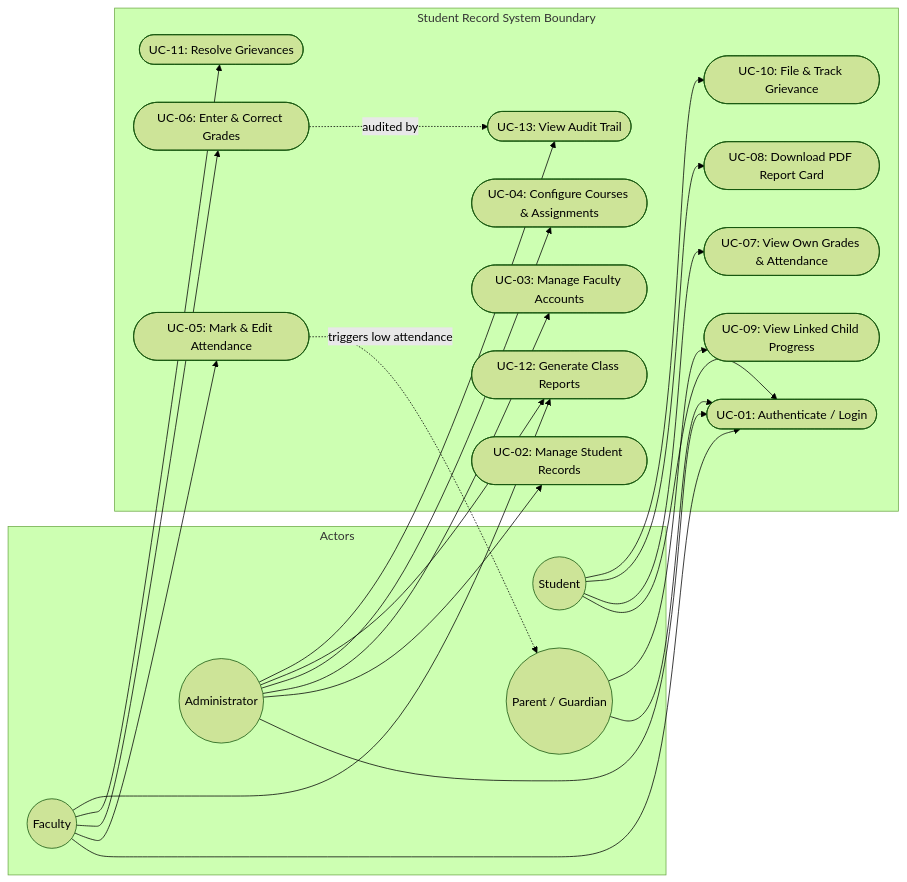
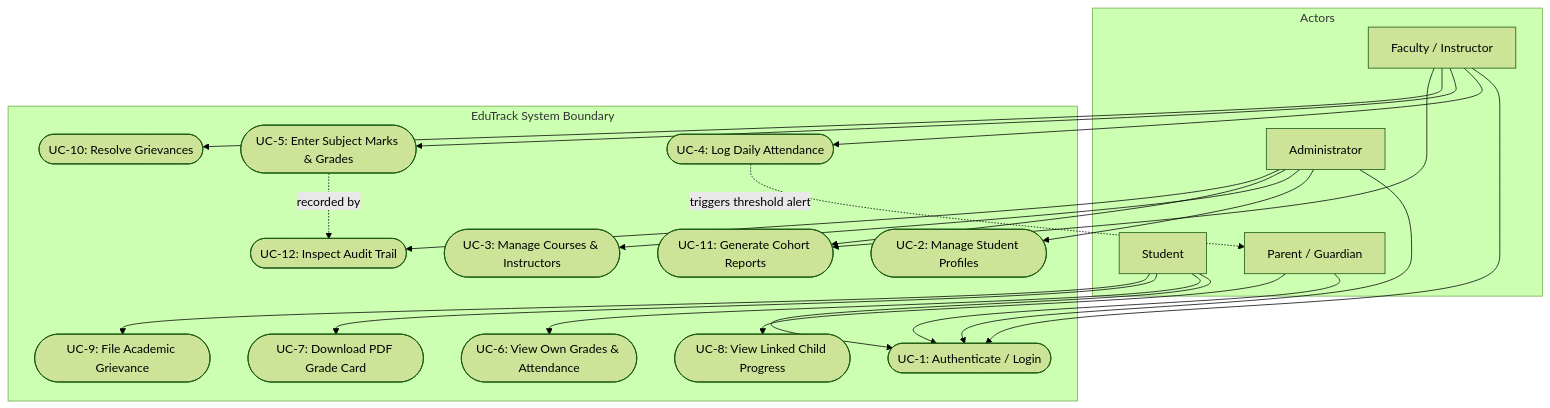
The diagram in docs/1_SRS_StudentRecordSystem.md (Nagashri2304/student-record-system), drawn with Mermaid (forest theme) before and after one commit. The commit also changed other lines of this file and 7 other files, not shown here.

Commit message:
docs: establish original EduTrack IEEE Deliverables Part-1 specifications and backlog

````diff
--- a/docs/1_SRS_StudentRecordSystem.md
+++ b/docs/1_SRS_StudentRecordSystem.md
@@ -218,49 +141,47 @@
 ```mermaid
-flowchart LR
+flowchart TD
     subgraph Actors
-        Admin((Administrator))
-        Faculty((Faculty))
-        Student((Student))
-        Parent((Parent / Guardian))
+        Admin["Administrator"]
+        Faculty["Faculty / Instructor"]
+        Student["Student"]
+        Parent["Parent / Guardian"]
     end
 
-    subgraph "Student Record System Boundary"
-        UC01([UC-01: Authenticate / Login])
-        UC02([UC-02: Manage Student Records])
-        UC03([UC-03: Manage Faculty Accounts])
-        UC04([UC-04: Configure Courses & Assignments])
-        UC05([UC-05: Mark & Edit Attendance])
-        UC06([UC-06: Enter & Correct Grades])
-        UC07([UC-07: View Own Grades & Attendance])
-        UC08([UC-08: Download PDF Report Card])
-        UC09([UC-09: View Linked Child Progress])
-        UC10([UC-10: File & Track Grievance])
-        UC11([UC-11: Resolve Grievances])
-        UC12([UC-12: Generate Class Reports])
-        UC13([UC-13: View Audit Trail])
+    subgraph EduTrack ["EduTrack System Boundary"]
+        UC1([UC-1: Authenticate / Login])
+        UC2([UC-2: Manage Student Profiles])
+        UC3([UC-3: Manage Courses & Instructors])
+        UC4([UC-4: Log Daily Attendance])
+        UC5([UC-5: Enter Subject Marks & Grades])
+        UC6([UC-6: View Own Grades & Attendance])
+        UC7([UC-7: Download PDF Grade Card])
+        UC8([UC-8: View Linked Child Progress])
+        UC9([UC-9: File Academic Grievance])
+        UC10([UC-10: Resolve Grievances])
+        UC11([UC-11: Generate Cohort Reports])
+        UC12([UC-12: Inspect Audit Trail])
     end
 
-    Admin --> UC01
-    Admin --> UC02
-    Admin --> UC03
-    Admin --> UC04
+    Admin --> UC1
+    Admin --> UC2
+    Admin --> UC3
+    Admin --> UC11
     Admin --> UC12
-    Admin --> UC13
 
-    Faculty --> UC01
-    Faculty --> UC05
-    Faculty --> UC06
+    Faculty --> UC1
+    Faculty --> UC4
+    Faculty --> UC5
+    Faculty --> UC10
     Faculty --> UC11
-    Faculty --> UC12
 
-    Student --> UC01
-    Student --> UC07
-    Student --> UC08
-    Student --> UC10
+    Student --> UC1
+    Student --> UC6
+    Student --> UC7
+    Student --> UC9
 
-    Parent --> UC01
-    Parent --> UC09
+    Parent --> UC1
+    Parent --> UC8
 
-    UC05 -.->|triggers low attendance| Parent
-    UC06 -.->|audited by| UC13
+    UC4 -.->|triggers threshold alert| Parent
+    UC5 -.->|recorded by| UC12
 ```
````
